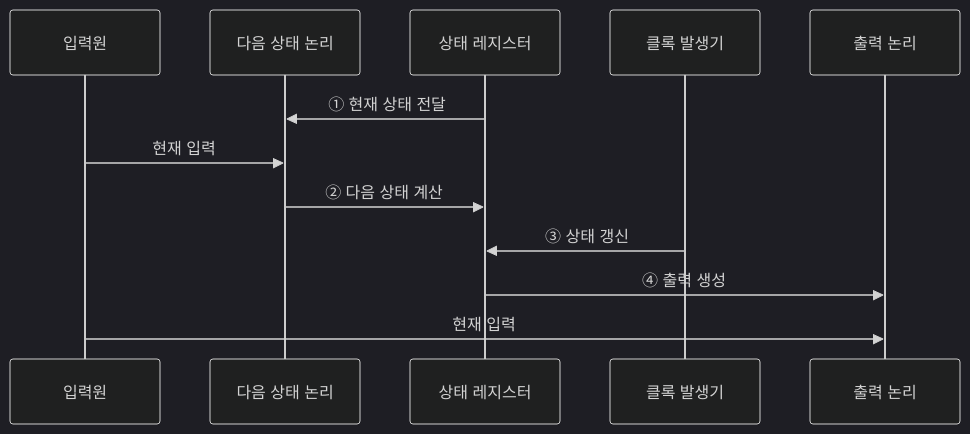
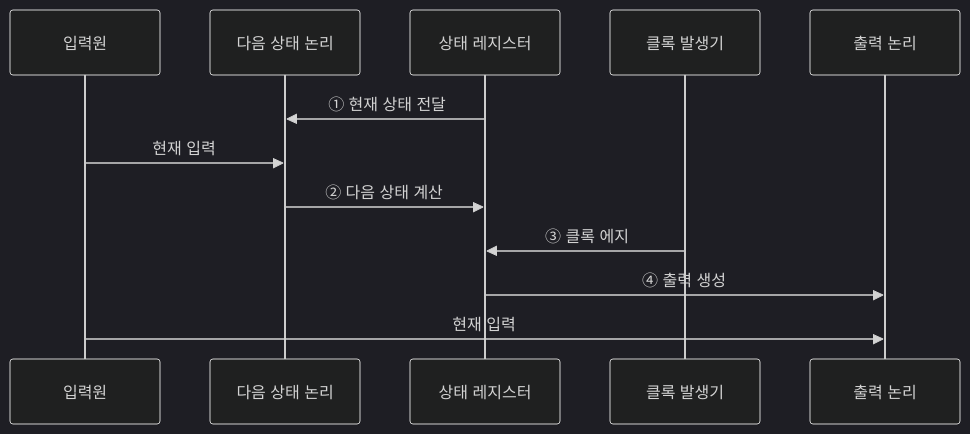
The second of 2 diagrams in src/content/docs/notes/01-basic-theory/027_sequential_logic.md (agnusdei1207/knowledge-base), drawn with Mermaid (dark theme) before and after one commit. The commit also changed other lines of this file and 20 other files, not shown here.

````diff
--- a/src/content/docs/notes/01-basic-theory/027_sequential_logic.md
+++ b/src/content/docs/notes/01-basic-theory/027_sequential_logic.md
@@ -82,14 +82,14 @@
 ```mermaid
 sequenceDiagram
     participant I as 입력원
     participant N as 다음 상태 논리
     participant R as 상태 레지스터
     participant C as 클록 발생기
     participant O as 출력 논리
     R->>N: ① 현재 상태 전달
     I->>N: 현재 입력
     N->>R: ② 다음 상태 계산
-    C->>R: ③ 상태 갱신
+    C->>R: ③ 클록 에지
     R->>O: ④ 출력 생성
     I->>O: 현재 입력
 ```
````
